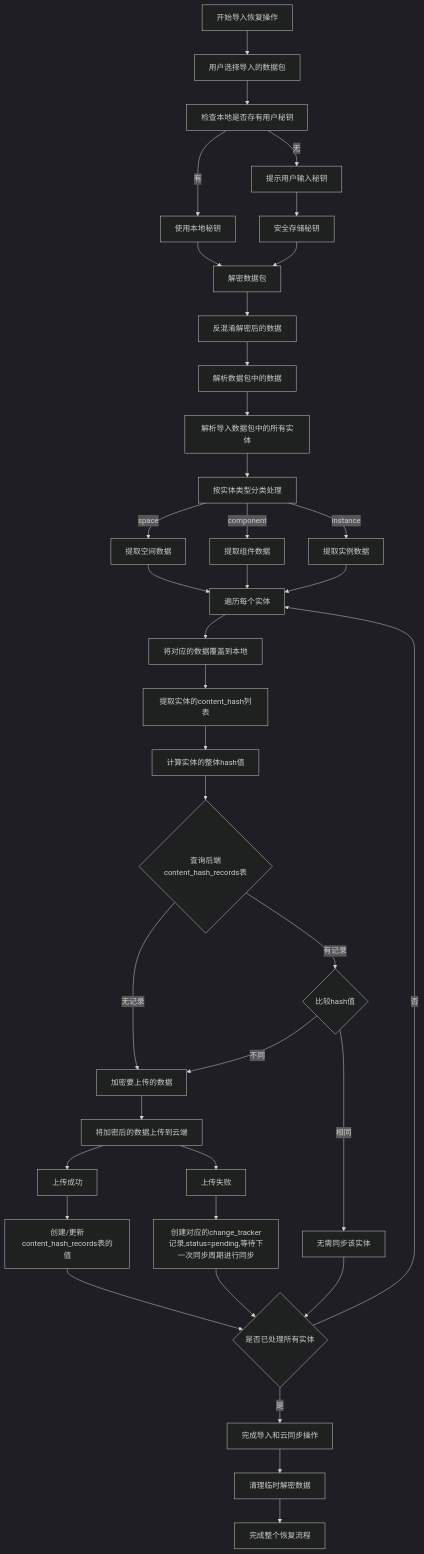
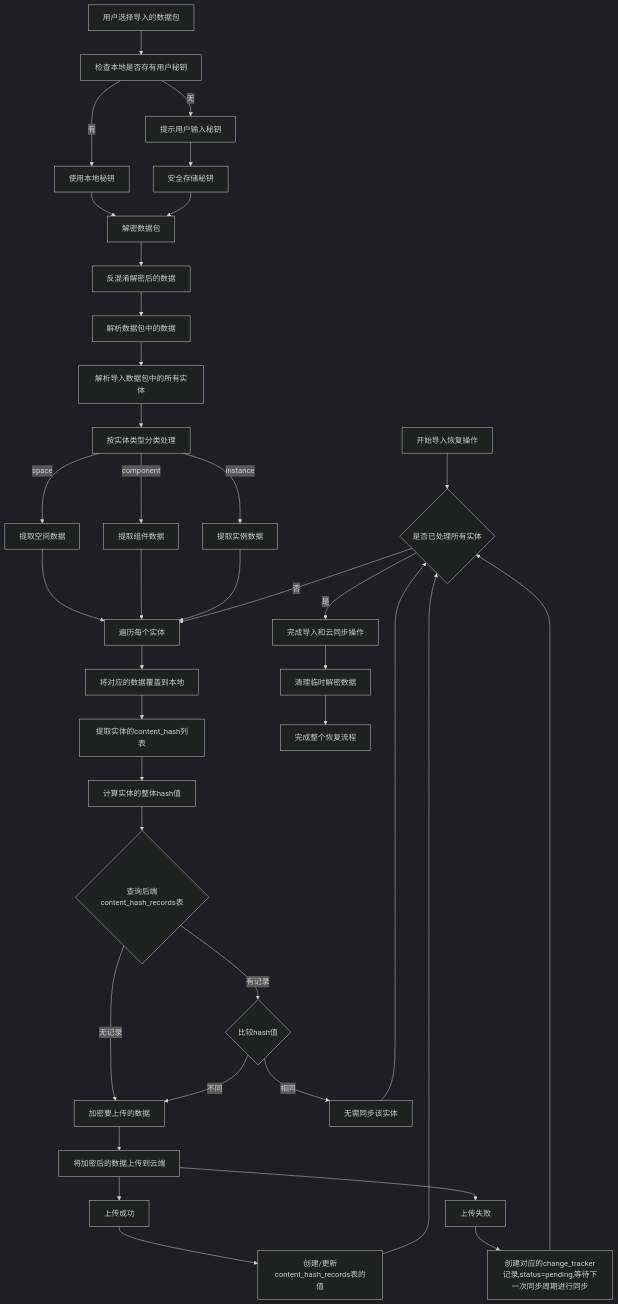
Before and after one commit to yingjianzh/iodraw-files: the diagram in all/未命名-47.md, drawn with Mermaid (dark theme).

Commit message:
2025-04-29 14:30:50 update

````diff
--- a/all/未命名-47.md
+++ b/all/未命名-47.md
@@ -1,59 +1,60 @@
 ```mermaid
 
 flowchart TD
-    A[开始导入恢复操作] --> B[用户选择导入的数据包]
+    A[开始导入恢复操作] --> S
+    B[用户选择导入的数据包]
     B --> B1[检查本地是否存有用户秘钥]
     
     B1 -->|有| B3[使用本地秘钥]
     B1 -->|无| B4[提示用户输入秘钥]
 
 
     B4 --> B8[安全存储秘钥]
     B3 --> B10[解密数据包]
     B8 --> B10
     
     B10 --> B11[反混淆解密后的数据]
     B11 --> C[解析数据包中的数据]
     
     C --> D[解析导入数据包中的所有实体]
     D --> G[按实体类型分类处理]
     
     G -->|space| H1[提取空间数据]
     G -->|component| H2[提取组件数据]
     G -->|instance| H3[提取实例数据]
     
     H1 --> I[遍历每个实体]
     H2 --> I
     H3 --> I
     
     I --> Save[将对应的数据覆盖到本地]
     Save --> J[提取实体的content_hash列表]
     J --> K[计算实体的整体hash值]
     
     K --> L{查询后端content_hash_records表}
     L -->|无记录| M1[加密要上传的数据]
     M1 --> M1a[将加密后的数据上传到云端]
     M1a --> N1[上传成功]
     M1a --> N2[上传失败]
     
     N2 --> N3[创建对应的change_tracker记录,status=pending,等待下一次同步周期进行同步]
     N3 --> S
     N1 --> M4[创建/更新content_hash_records表的值]
 
 
     L -->|有记录| M2{比较hash值}
     M2 -->|不同| M1
 
     M2 -->|相同| M3[无需同步该实体]
     
     
     M3 --> S{是否已处理所有实体}
     M4 --> S{是否已处理所有实体}
     
     S -->|否| I
     S -->|是| T[完成导入和云同步操作]
     
     T --> U[清理临时解密数据]
     U --> V[完成整个恢复流程]
 
 ```
````
